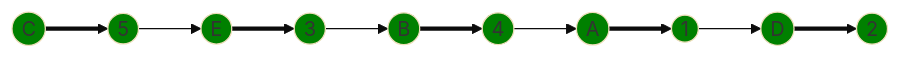
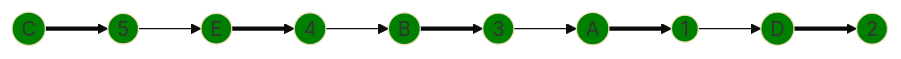
Diagram 15 of 16 in Задание 8/pedigree.md (algos-ris-24-5/manual-tasks), drawn with Mermaid (base theme) before and after one commit. The commit also changed other lines of this file, not shown here.

````diff
--- a/Задание 8/pedigree.md
+++ b/Задание 8/pedigree.md
@@ -492,26 +556,26 @@
 ```mermaid
 graph LR
     A((A))
     B((B))
     C((C))
     D((D))
     E((E))
     1((1))
     2((2))
     3((3))
     4((4))
     5((5))
 
-    C ==> 5 --> E ==> 3 --> B  ==> 4 --> A ==> 1 --> D ==> 2
+    C ==> 5 --> E ==> 4 --> B  ==> 3 --> A ==> 1 --> D ==> 2
     
     style E fill:#008000
     style A fill:#008000
     style B fill:#008000
     style D fill:#008000
     style C fill:#008000
     style 1 fill:#008000
     style 3 fill:#008000
     style 4 fill:#008000
     style 5 fill:#008000
     style 2 fill:#008000
 ```
````
